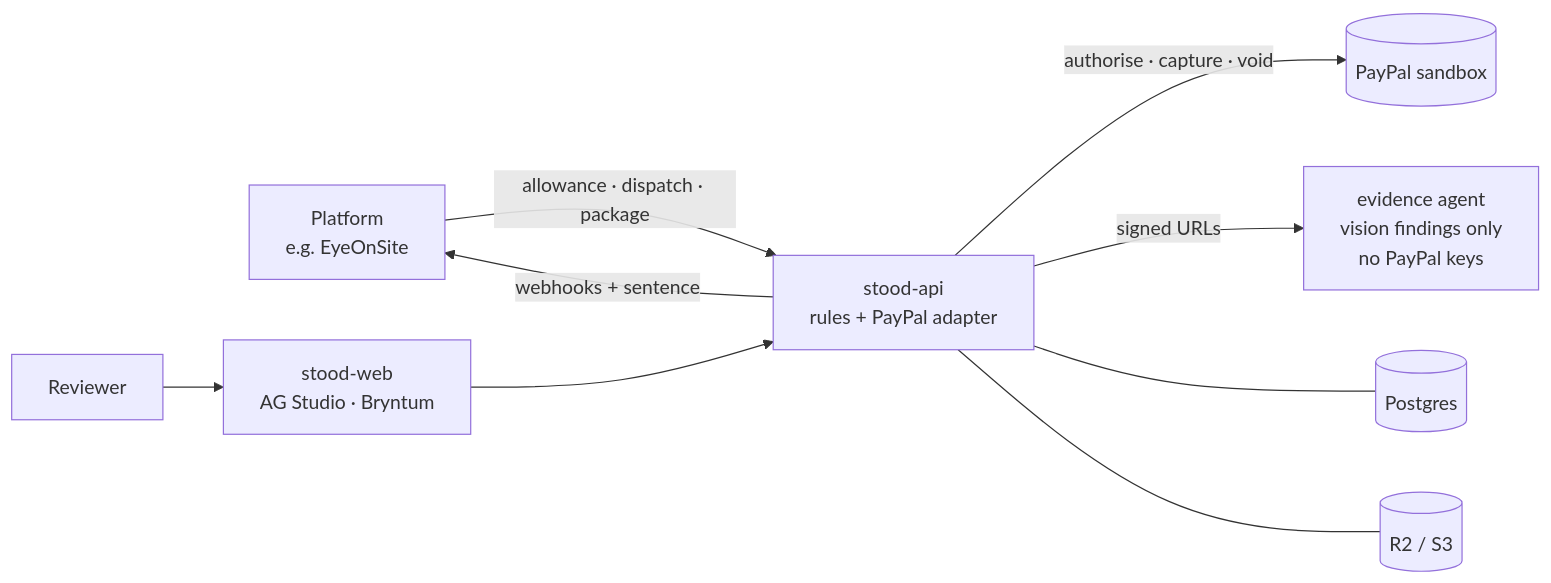
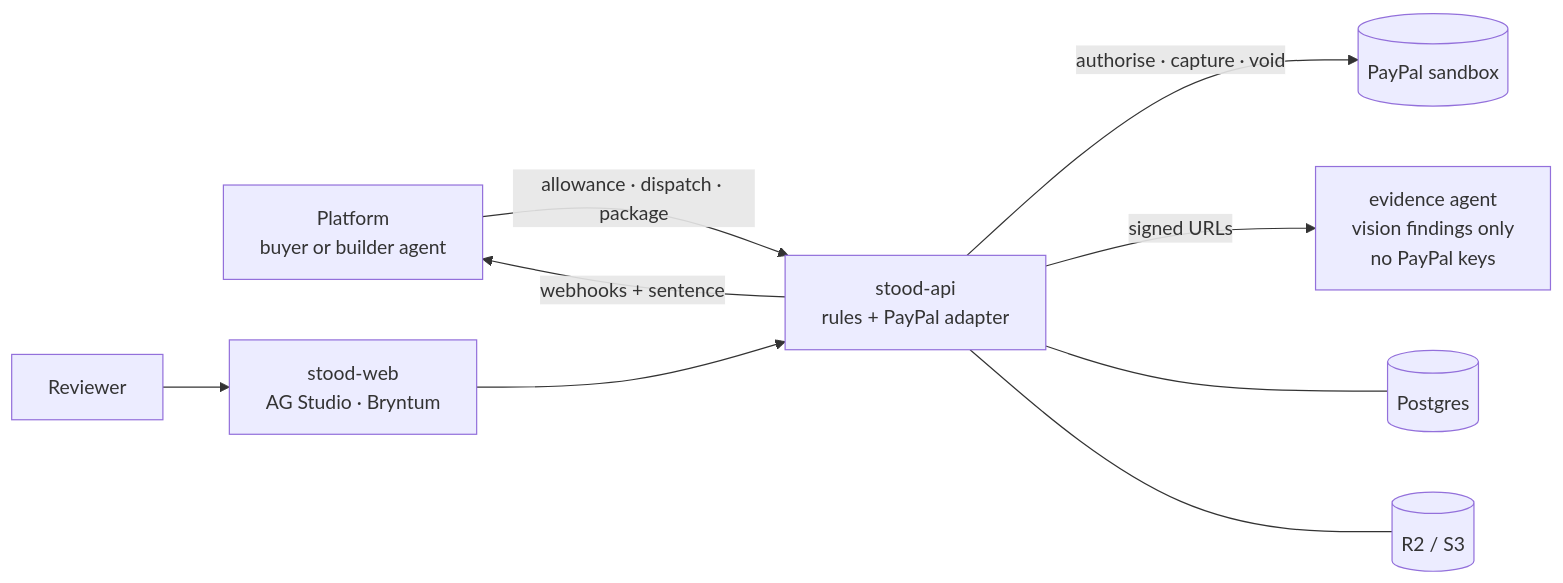
The diagram in README.md (ma-za-kpe/stood), drawn with Mermaid before and after one commit. The commit also changed other lines of this file and 74 other files, not shown here.

````diff
--- a/README.md
+++ b/README.md
@@ -110,10 +124,10 @@
 ```mermaid
 flowchart LR
-  P[Platform<br/>e.g. EyeOnSite] -- allowance · dispatch · package --> API[stood-api<br/>rules + PayPal adapter]
+  P[Platform<br/>buyer or builder agent] -- allowance · dispatch · package --> API[stood-api<br/>rules + PayPal adapter]
   API -- webhooks + sentence --> P
   API -- authorise · capture · void --> PP[(PayPal sandbox)]
   API -- signed URLs --> AG[evidence agent<br/>vision findings only<br/>no PayPal keys]
   API --- DB[(Postgres)] & S3[(R2 / S3)]
   RV[Reviewer] --> WEB[stood-web<br/>AG Studio · Bryntum]
   WEB --> API
 ```
````
